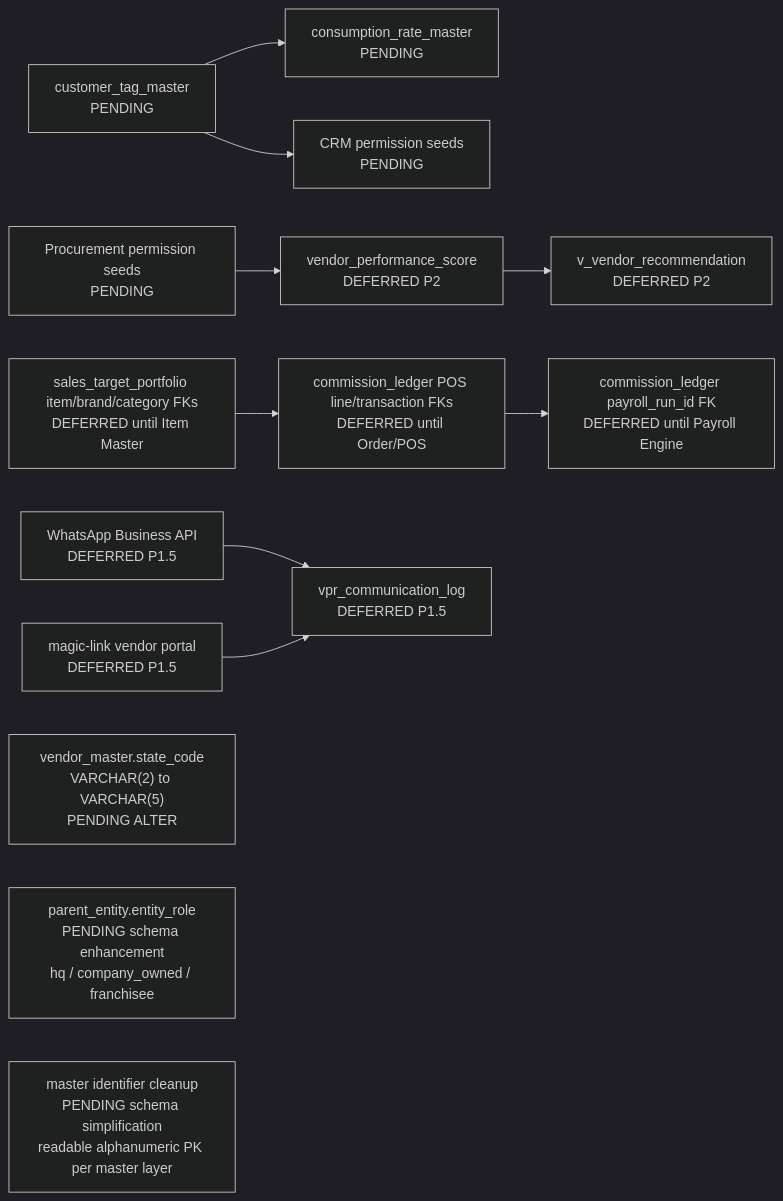
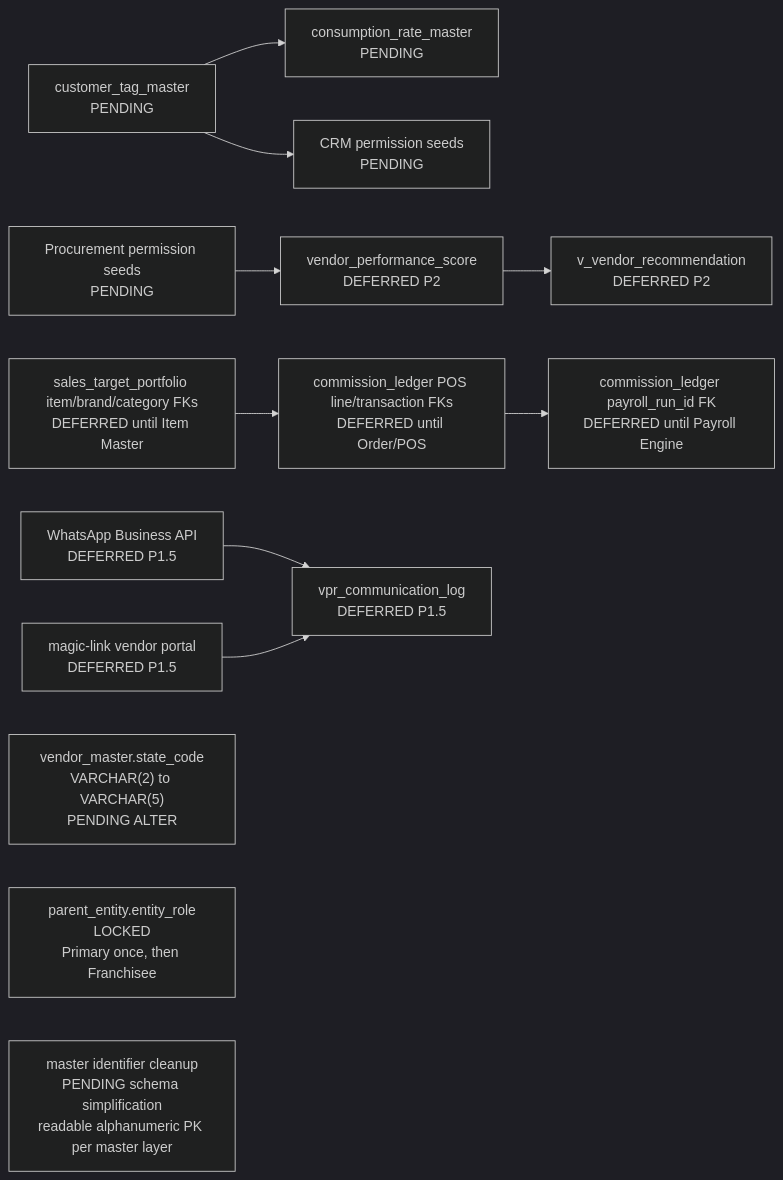
The tenth of 10 diagrams in IndipetERP_schema_map.md (indipetman/indipet_erp), drawn with Mermaid (dark theme) before and after one commit. The commit also changed other lines of this file and 2 other files, not shown here.

Commit message:
Enforce single ERP primary entity

````diff
--- a/IndipetERP_schema_map.md
+++ b/IndipetERP_schema_map.md
@@ -776,27 +776,27 @@
 ```mermaid
 flowchart LR
     CRM1["customer_tag_master<br/>PENDING"]
     CRM2["consumption_rate_master<br/>PENDING"]
     CRM3["CRM permission seeds<br/>PENDING"]
     PUR1["Procurement permission seeds<br/>PENDING"]
     PUR2["vendor_performance_score<br/>DEFERRED P2"]
     PUR3["v_vendor_recommendation<br/>DEFERRED P2"]
     HR1["sales_target_portfolio item/brand/category FKs<br/>DEFERRED until Item Master"]
     HR2["commission_ledger POS line/transaction FKs<br/>DEFERRED until Order/POS"]
     HR3["commission_ledger payroll_run_id FK<br/>DEFERRED until Payroll Engine"]
     WABA["WhatsApp Business API<br/>DEFERRED P1.5"]
     PORTAL["magic-link vendor portal<br/>DEFERRED P1.5"]
     COMM["vpr_communication_log<br/>DEFERRED P1.5"]
     ALTER["vendor_master.state_code<br/>VARCHAR(2) to VARCHAR(5)<br/>PENDING ALTER"]
-    PE1["parent_entity.entity_role<br/>PENDING schema enhancement<br/>hq / company_owned / franchisee"]
+    PE1["parent_entity.entity_role<br/>LOCKED<br/>Primary once, then Franchisee"]
     ID1["master identifier cleanup<br/>PENDING schema simplification<br/>readable alphanumeric PK per master layer"]
 
     CRM1 --> CRM2
     CRM1 --> CRM3
     HR1 --> HR2
     HR2 --> HR3
     PUR1 --> PUR2
     PUR2 --> PUR3
     WABA --> COMM
     PORTAL --> COMM
 ```
````
